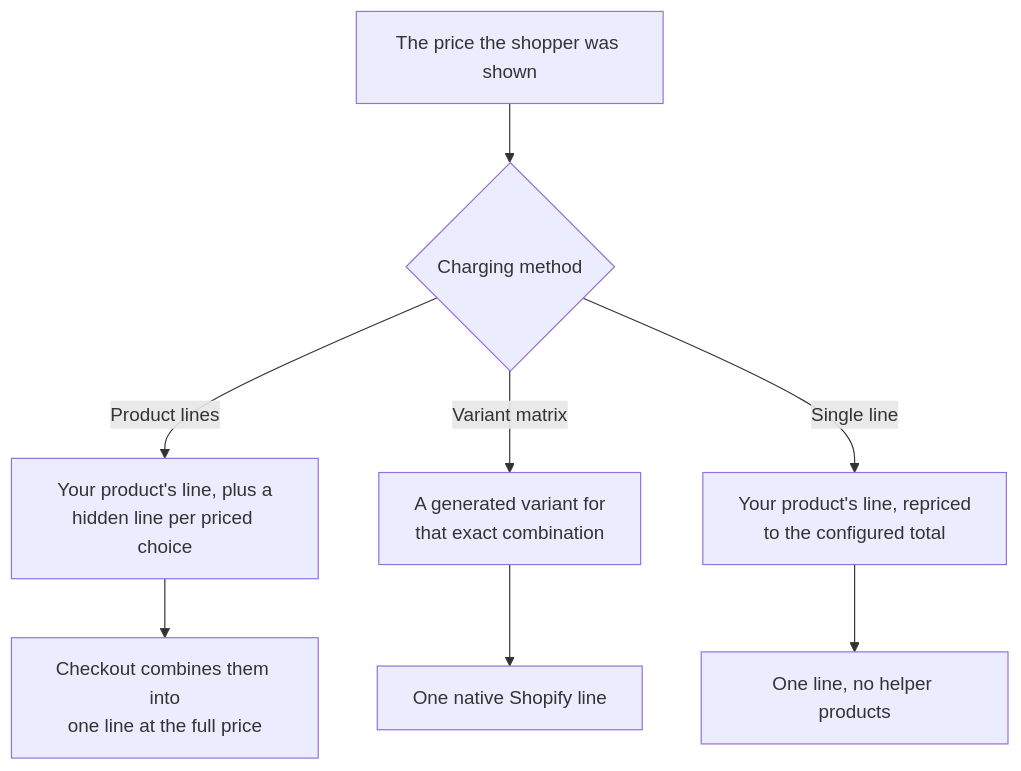
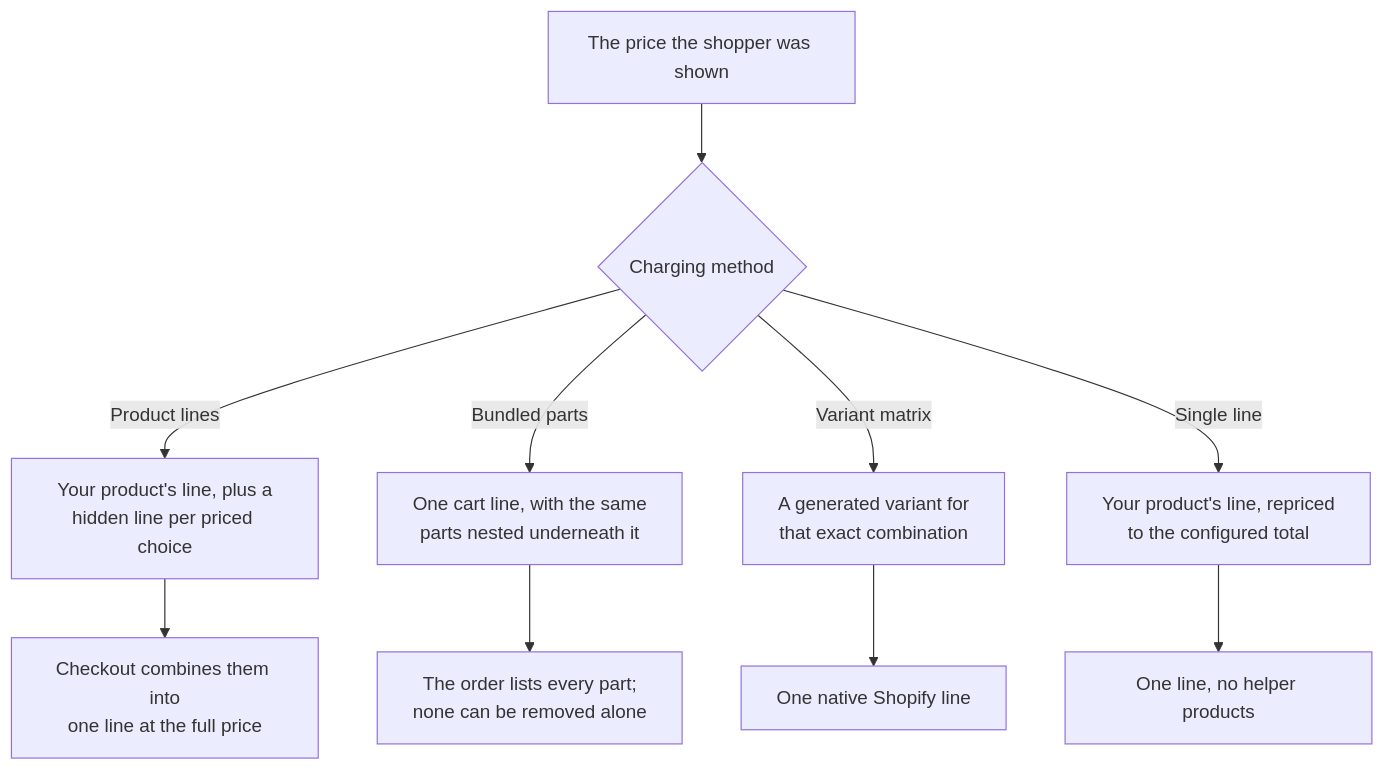
The diagram in docs/learn/3d-bits/pricing/charging-methods.md (bitbybit-dev/bitbybit), drawn with Mermaid before and after one commit. The commit also changed other lines of this file and 13 other files, not shown here.

First line of the commit message:
Document Bundled parts as the fourth charging method

````diff
--- a/docs/learn/3d-bits/pricing/charging-methods.md
+++ b/docs/learn/3d-bits/pricing/charging-methods.md
@@ -15,10 +15,12 @@
 ```mermaid
 flowchart TD
     P["The price the shopper was shown"] --> Q{"Charging method"}
     Q -->|"Product lines"| A1["Your product's line, plus a<br/>hidden line per priced choice"]
     A1 --> A2["Checkout combines them into<br/>one line at the full price"]
+    Q -->|"Bundled parts"| D1["One cart line, with the same<br/>parts nested underneath it"]
+    D1 --> D2["The order lists every part;<br/>none can be removed alone"]
     Q -->|"Variant matrix"| B1["A generated variant for<br/>that exact combination"]
     B1 --> B2["One native Shopify line"]
     Q -->|"Single line"| C1["Your product's line, repriced<br/>to the configured total"]
     C1 --> C2["One line, no helper products"]
 ```
````
